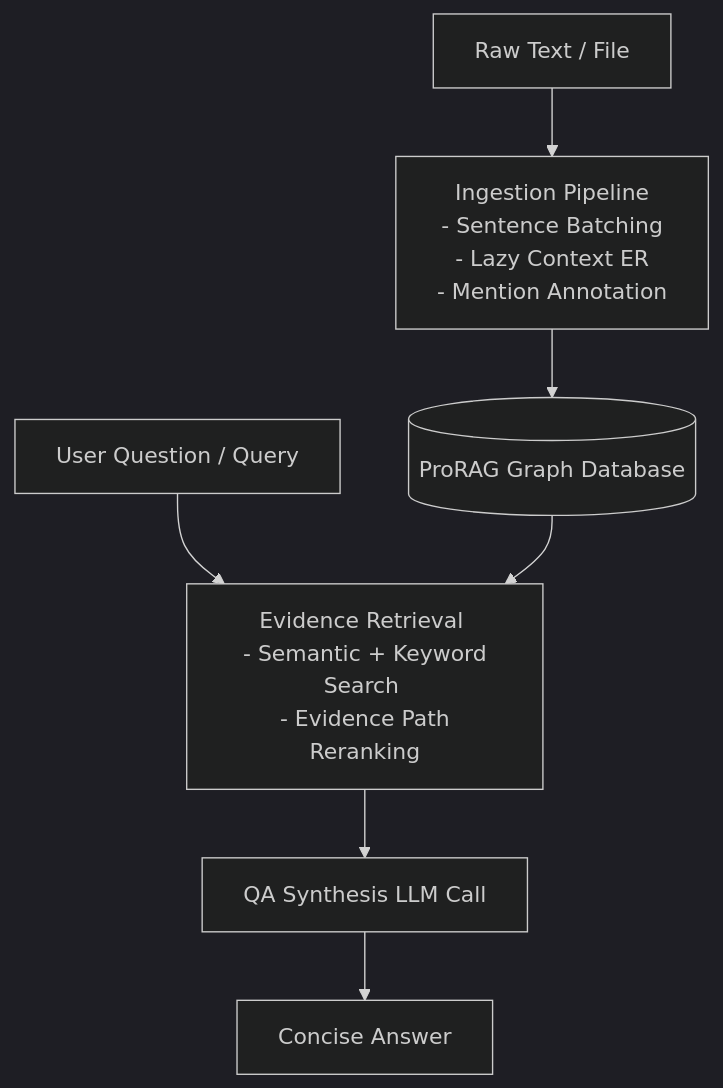
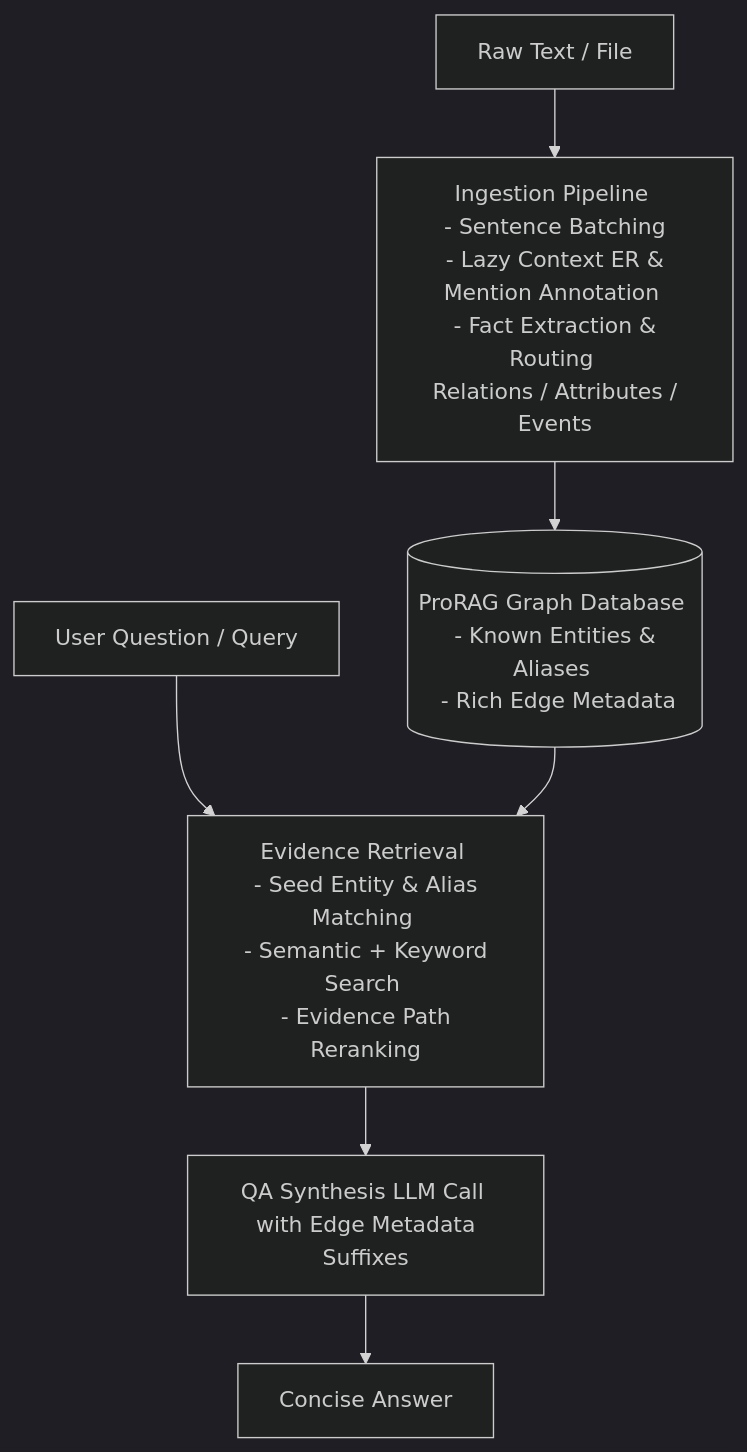
Before and after one commit to entity-solo/prorag: the diagram in README.md, drawn with Mermaid (dark theme).

Commit message:
Update architecture diagram in README to reflect facts extraction and edge metadata suffixes

````diff
--- a/README.md
+++ b/README.md
@@ -13,12 +13,12 @@
 ```mermaid
 graph TD
     %% Ingestion Flow
-    A[Raw Text / File] --> B[Ingestion Pipeline <br/> - Sentence Batching <br/> - Lazy Context ER <br/> - Mention Annotation]
-    B --> C[(ProRAG Graph Database)]
+    A[Raw Text / File] --> B[Ingestion Pipeline <br/> - Sentence Batching <br/> - Lazy Context ER & Mention Annotation <br/> - Fact Extraction & Routing <br/> Relations / Attributes / Events]
+    B --> C[(ProRAG Graph Database <br/> - Known Entities & Aliases <br/> - Rich Edge Metadata)]
 
     %% Query Flow
-    D[User Question / Query] --> E[Evidence Retrieval <br/> - Semantic + Keyword Search <br/> - Evidence Path Reranking]
+    D[User Question / Query] --> E[Evidence Retrieval <br/> - Seed Entity & Alias Matching <br/> - Semantic + Keyword Search <br/> - Evidence Path Reranking]
     C --> E
-    E --> F[QA Synthesis LLM Call]
+    E --> F[QA Synthesis LLM Call <br/> with Edge Metadata Suffixes]
     F --> G[Concise Answer]
 ```
````
